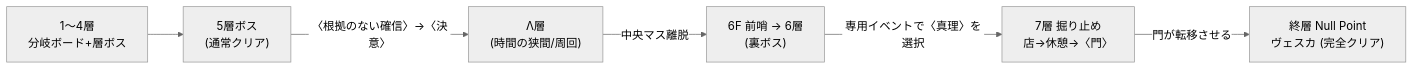
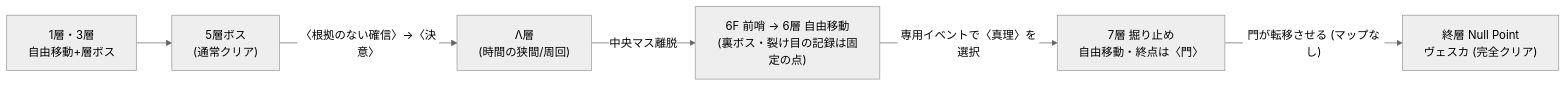
The diagram in docs/GAME.md (KentaroKumode/KentaroKumode-Graduation-Game-project-unity), drawn with Mermaid (neutral theme) before and after one commit. The commit also changed other lines of this file and 3 other files, not shown here.

````diff
--- a/docs/GAME.md
+++ b/docs/GAME.md
@@ -197,8 +204,8 @@
 ```mermaid
 flowchart LR
-  F1["1〜4層<br/>分岐ボード+層ボス"] --> F5["5層ボス<br/>(通常クリア)"]
+  F1["1層・3層<br/>自由移動+層ボス"] --> F5["5層ボス<br/>(通常クリア)"]
   F5 -->|"〈根拠のない確信〉→〈決意〉"| L["Λ層<br/>(時間の狭間/周回)"]
-  L -->|"中央マス離脱"| F6["6F 前哨 → 6層<br/>(裏ボス)"]
-  F6 -->|"専用イベントで〈真理〉を選択"| F7["7層 掘り止め<br/>店→休憩→〈門〉"]
-  F7 -->|"門が転移させる"| F8["終層 Null Point<br/>ヴェスカ (完全クリア)"]
+  L -->|"中央マス離脱"| F6["6F 前哨 → 6層 自由移動<br/>(裏ボス・裂け目の記録は固定の点)"]
+  F6 -->|"専用イベントで〈真理〉を選択"| F7["7層 掘り止め<br/>自由移動・終点は〈門〉"]
+  F7 -->|"門が転移させる (マップなし)"| F8["終層 Null Point<br/>ヴェスカ (完全クリア)"]
 ```
````
